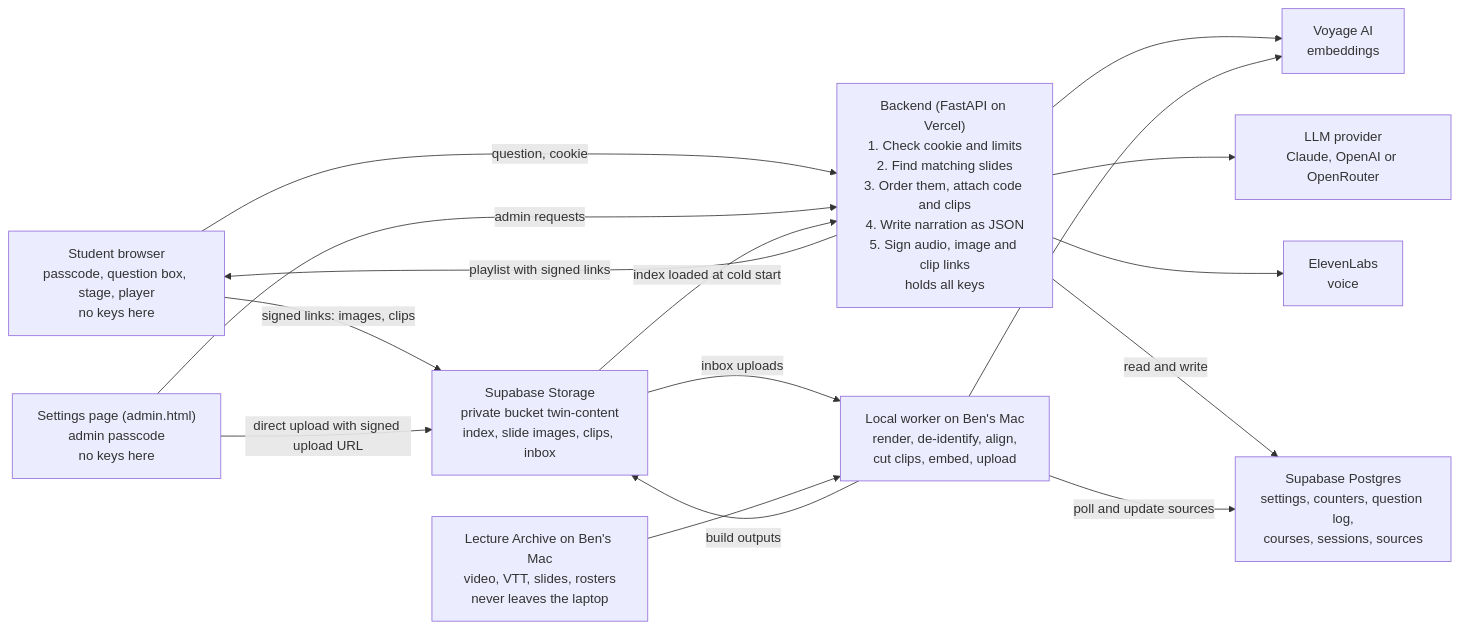
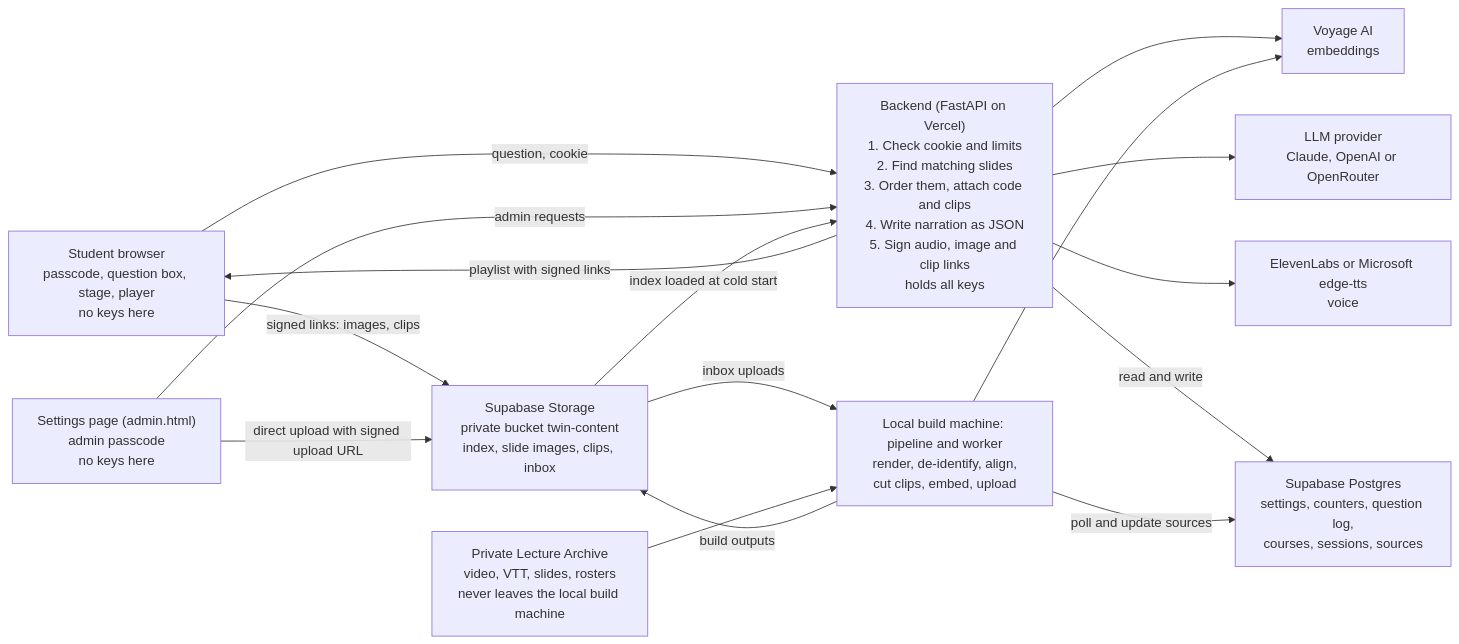
The diagram in docs/SPEC.md (bcollier/faculty-twin), drawn with Mermaid before and after one commit. The commit also changed other lines of this file and 24 other files, not shown here.

First line of the commit message:
Describe the real stack instead of naming the Mac mini or laptop (#43)

````diff
--- a/docs/SPEC.md
+++ b/docs/SPEC.md
@@ -170,29 +170,29 @@
 ```mermaid
 flowchart LR
     B["Student browser<br/>passcode, question box, stage, player<br/>no keys here"]
     G["Settings page (admin.html)<br/>admin passcode<br/>no keys here"]
     A["Backend (FastAPI on Vercel)<br/>1. Check cookie and limits<br/>2. Find matching slides<br/>3. Order them, attach code and clips<br/>4. Write narration as JSON<br/>5. Sign audio, image and clip links<br/>holds all keys"]
     E["Voyage AI<br/>embeddings"]
     L["LLM provider<br/>Claude, OpenAI or OpenRouter"]
-    V["ElevenLabs<br/>voice"]
+    V["ElevenLabs or Microsoft edge-tts<br/>voice"]
     S["Supabase Storage<br/>private bucket twin-content<br/>index, slide images, clips, inbox"]
     P["Supabase Postgres<br/>settings, counters, question log,<br/>courses, sessions, sources"]
-    W["Local worker on Ben's Mac<br/>render, de-identify, align,<br/>cut clips, embed, upload"]
-    R["Lecture Archive on Ben's Mac<br/>video, VTT, slides, rosters<br/>never leaves the laptop"]
+    W["Local build machine: pipeline and worker<br/>render, de-identify, align,<br/>cut clips, embed, upload"]
+    R["Private Lecture Archive<br/>video, VTT, slides, rosters<br/>never leaves the local build machine"]
 
     B -- "question, cookie" --> A
     A -- "playlist with signed links" --> B
     B -- "signed links: images, clips" --> S
     G -- "admin requests" --> A
     G -- "direct upload with signed upload URL" --> S
     A --> E
     A --> L
     A --> V
     A -- "read and write" --> P
     S -- "index loaded at cold start" --> A
     W -- "poll and update sources" --> P
     S -- "inbox uploads" --> W
     R --> W
     W --> E
     W -- "build outputs" --> S
 ```
````
